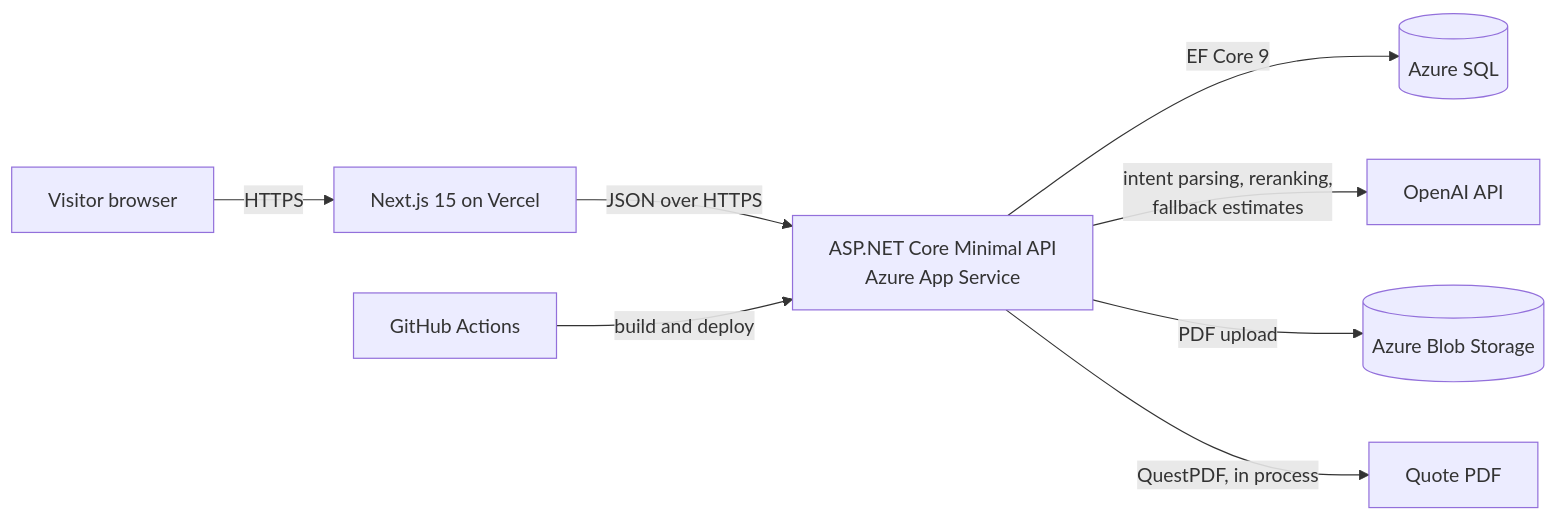
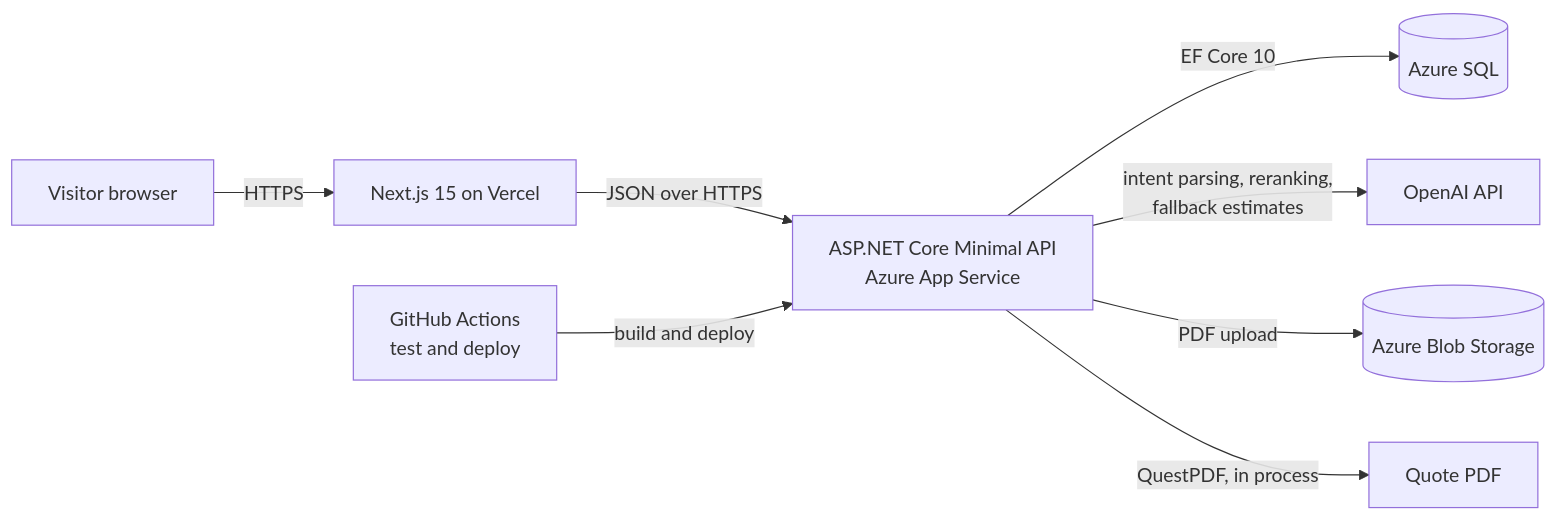
The diagram in diagrams/system-context.mmd (terabvte/quote-engine), drawn with Mermaid before and after one commit. The commit also changed 7 other files, not shown here.

```diff
--- a/diagrams/system-context.mmd
+++ b/diagrams/system-context.mmd
@@ -1,8 +1,8 @@
 flowchart LR
     U["Visitor browser"] -->|HTTPS| F["Next.js 15 on Vercel"]
     F -->|JSON over HTTPS| A["ASP.NET Core Minimal API<br/>Azure App Service"]
-    A -->|EF Core 9| D[("Azure SQL")]
+    A -->|EF Core 10| D[("Azure SQL")]
     A -->|intent parsing, reranking,<br/>fallback estimates| L["OpenAI API"]
     A -->|PDF upload| B[("Azure Blob Storage")]
     A -->|QuestPDF, in process| P["Quote PDF"]
-    G["GitHub Actions"] -->|build and deploy| A
+    G["GitHub Actions<br/>test and deploy"] -->|build and deploy| A
```
